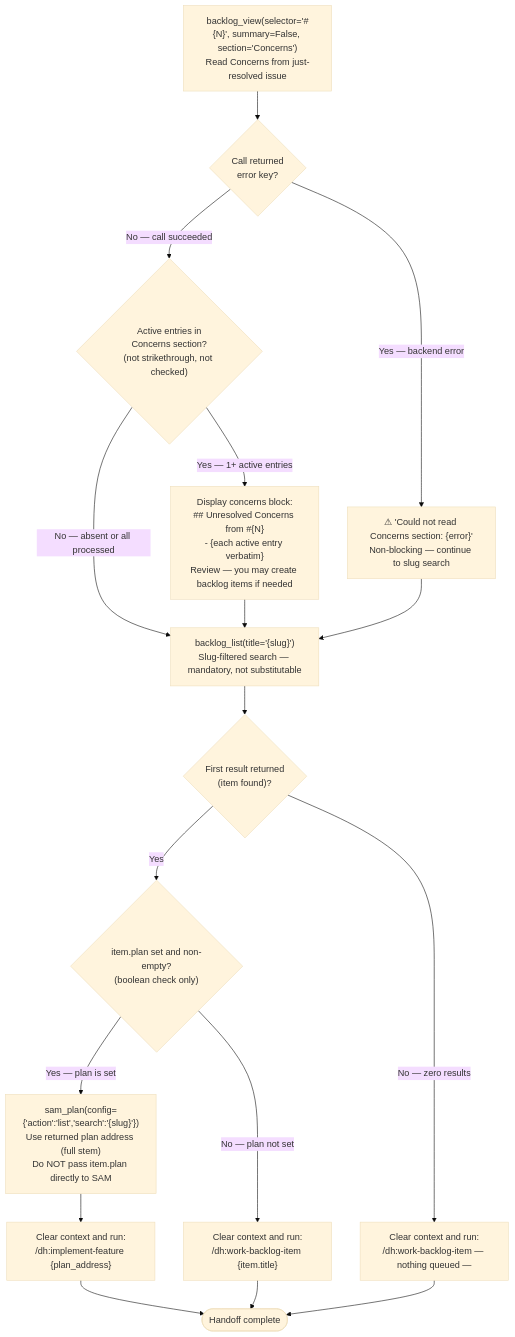
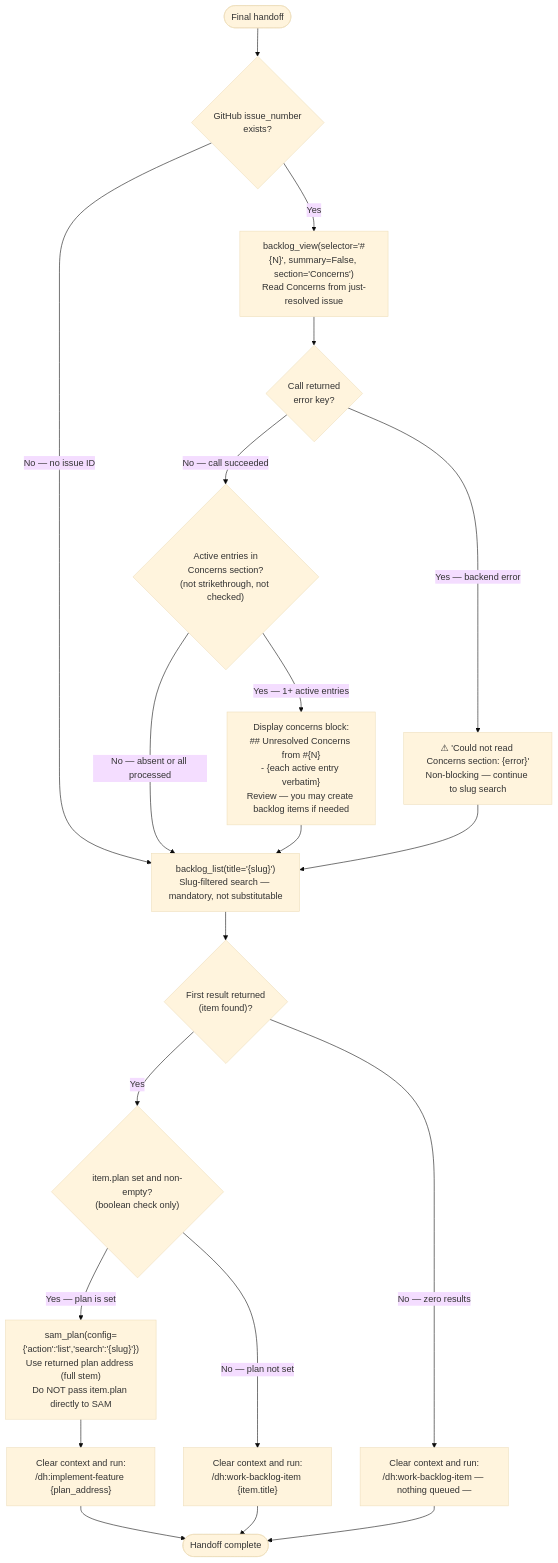
Before and after one commit to Jamie-BitFlight/claude_skills: the diagram in plugins/development-harness/skills/complete-implementation/references/final-handoff.md, drawn with Mermaid (base theme). The commit also changed other lines of this file and 26 other files, not shown here.

````diff
--- a/plugins/development-harness/skills/complete-implementation/references/final-handoff.md
+++ b/plugins/development-harness/skills/complete-implementation/references/final-handoff.md
@@ -41,22 +46,25 @@
 ```mermaid
 flowchart TD
     %% Step 1: Read Concerns from just-resolved issue — MUST run before slug-search routing
     %% #{N} = issue_number extracted in 'Apply status:verified Label' Step 2
-    ConcernsCheck["backlog_view(selector='#{N}', summary=False, section='Concerns')<br>Read Concerns from just-resolved issue"] --> ConcernsError{"Call returned<br>error key?"}
+    Start([Final handoff]) --> HasIssue{"GitHub issue_number<br>exists?"}
+    HasIssue -->|"No — no issue ID"| Fetch
+    HasIssue -->|Yes| ConcernsCheck["backlog_view(selector='#{N}', summary=False, section='Concerns')<br>Read Concerns from just-resolved issue"]
+    ConcernsCheck --> ConcernsError{"Call returned<br>error key?"}
     ConcernsError -->|"Yes — backend error"| WarnContinue["⚠ 'Could not read Concerns section: {error}'<br>Non-blocking — continue to slug search"]
     ConcernsError -->|"No — call succeeded"| HasActiveConcerns{"Active entries in<br>Concerns section?<br>(not strikethrough, not checked)"}
     HasActiveConcerns -->|"Yes — 1+ active entries"| DisplayConcerns["Display concerns block:<br>## Unresolved Concerns from #{N}<br>- {each active entry verbatim}<br>Review — you may create backlog items if needed"]
     HasActiveConcerns -->|"No — absent or all processed"| Fetch
     DisplayConcerns --> Fetch
     WarnContinue --> Fetch
     %% The filter is mandatory — do NOT substitute a general P1/P2 listing already in context
     Fetch["backlog_list(title='{slug}')<br>Slug-filtered search — mandatory, not substitutable"] --> ItemFound{"First result returned<br>(item found)?"}
     ItemFound -->|"No — zero results"| NothingQueued["Clear context and run:<br>/dh:work-backlog-item — nothing queued —"]
     ItemFound -->|"Yes"| PlanSet{"item.plan set and non-empty?<br>(boolean check only)"}
     PlanSet -->|"Yes — plan is set"| ResolvePlan["sam_plan(config={'action':'list','search':'{slug}'})<br>Use returned plan address (full stem)<br>Do NOT pass item.plan directly to SAM"]
     PlanSet -->|"No — plan not set"| WorkItem["Clear context and run:<br>/dh:work-backlog-item {item.title}"]
     ResolvePlan --> ImplementFeature["Clear context and run:<br>/dh:implement-feature {plan_address}"]
     ImplementFeature --> Done([Handoff complete])
     WorkItem --> Done
     NothingQueued --> Done
 ```
````
